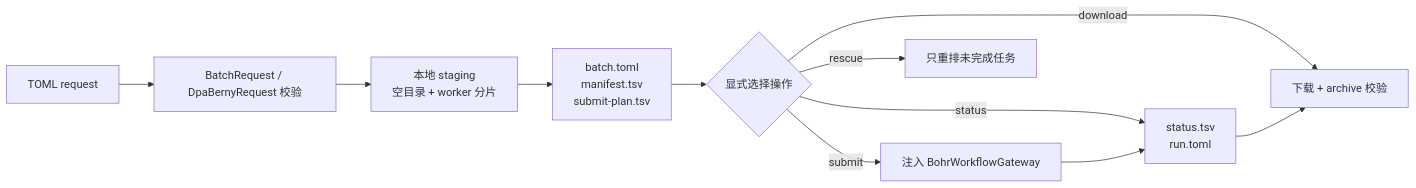
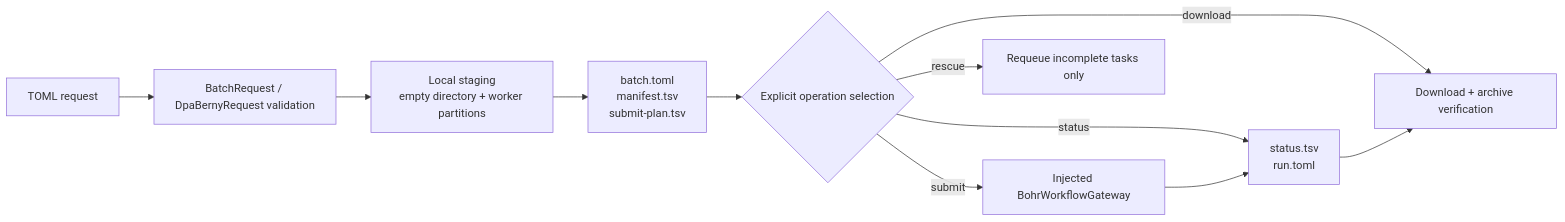
Before and after one commit to gentle1999/TriCycle: the diagram in packages/tricycle-bohrsubmit/README.md, drawn with Mermaid. The commit also changed other lines of this file and 158 other files, not shown here.

````diff
--- a/packages/tricycle-bohrsubmit/README.md
+++ b/packages/tricycle-bohrsubmit/README.md
@@ -26,13 +26,13 @@
 ```mermaid
 flowchart LR
-    Q["TOML request"] --> P["BatchRequest / DpaBernyRequest 校验"]
-    P --> ST["本地 staging\n空目录 + worker 分片"]
+    Q["TOML request"] --> P["BatchRequest / DpaBernyRequest validation"]
+    P --> ST["Local staging\nempty directory + worker partitions"]
     ST --> M["batch.toml\nmanifest.tsv\nsubmit-plan.tsv"]
-    M --> C{"显式选择操作"}
-    C -->|submit| G["注入 BohrWorkflowGateway"]
+    M --> C{"Explicit operation selection"}
+    C -->|submit| G["Injected BohrWorkflowGateway"]
     C -->|status| S["status.tsv\nrun.toml"]
-    C -->|download| D["下载 + archive 校验"]
-    C -->|rescue| R["只重排未完成任务"]
+    C -->|download| D["Download + archive verification"]
+    C -->|rescue| R["Requeue incomplete tasks only"]
     G --> S
     S --> D
 ```
````
